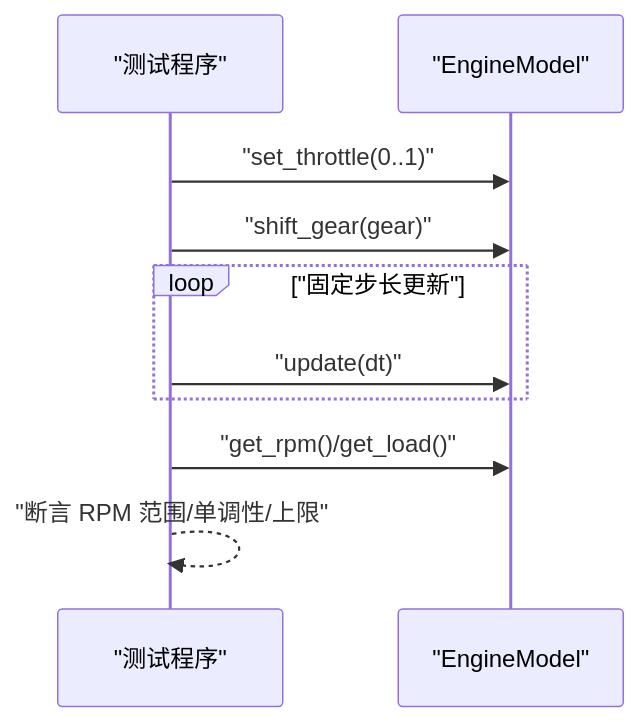
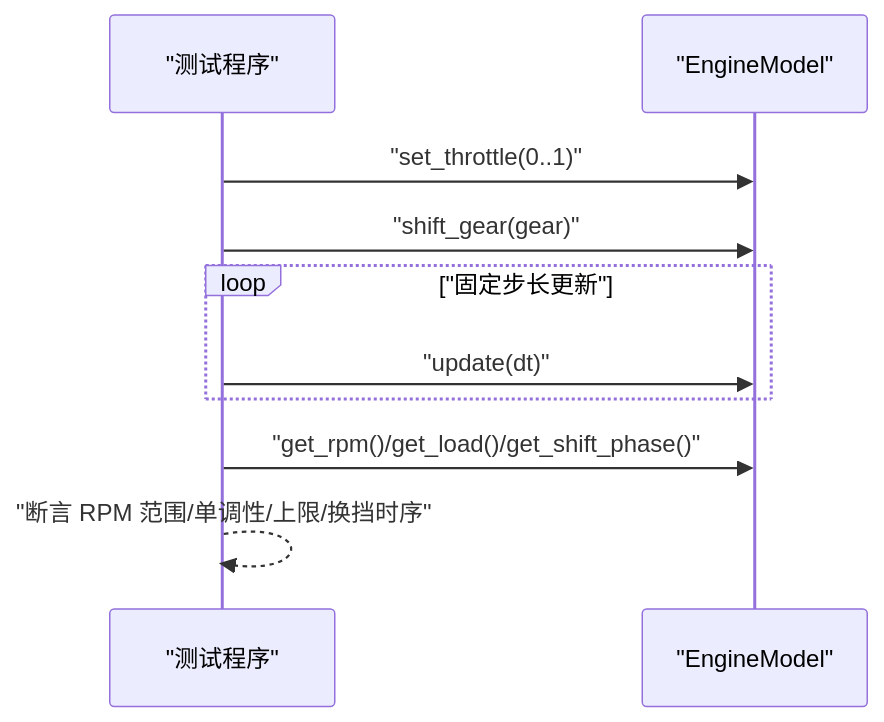
The third of 9 diagrams in .qoder/repowiki/zh/content/测试和质量保证/测试和质量保证.md (bangbangde/racing-sound-engine), drawn with Mermaid before and after one commit. The commit also changed other lines of this file and 88 other files, not shown here.

````diff
--- a/.qoder/repowiki/zh/content/测试和质量保证/测试和质量保证.md
+++ b/.qoder/repowiki/zh/content/测试和质量保证/测试和质量保证.md
@@ -198,12 +239,12 @@
 ```mermaid
 sequenceDiagram
 participant Test as "测试程序"
 participant Model as "EngineModel"
 Test->>Model : "set_throttle(0..1)"
 Test->>Model : "shift_gear(gear)"
 loop "固定步长更新"
 Test->>Model : "update(dt)"
 end
-Test->>Model : "get_rpm()/get_load()"
-Test-->>Test : "断言 RPM 范围/单调性/上限"
+Test->>Model : "get_rpm()/get_load()/get_shift_phase()"
+Test-->>Test : "断言 RPM 范围/单调性/上限/换挡时序"
 ```
````
